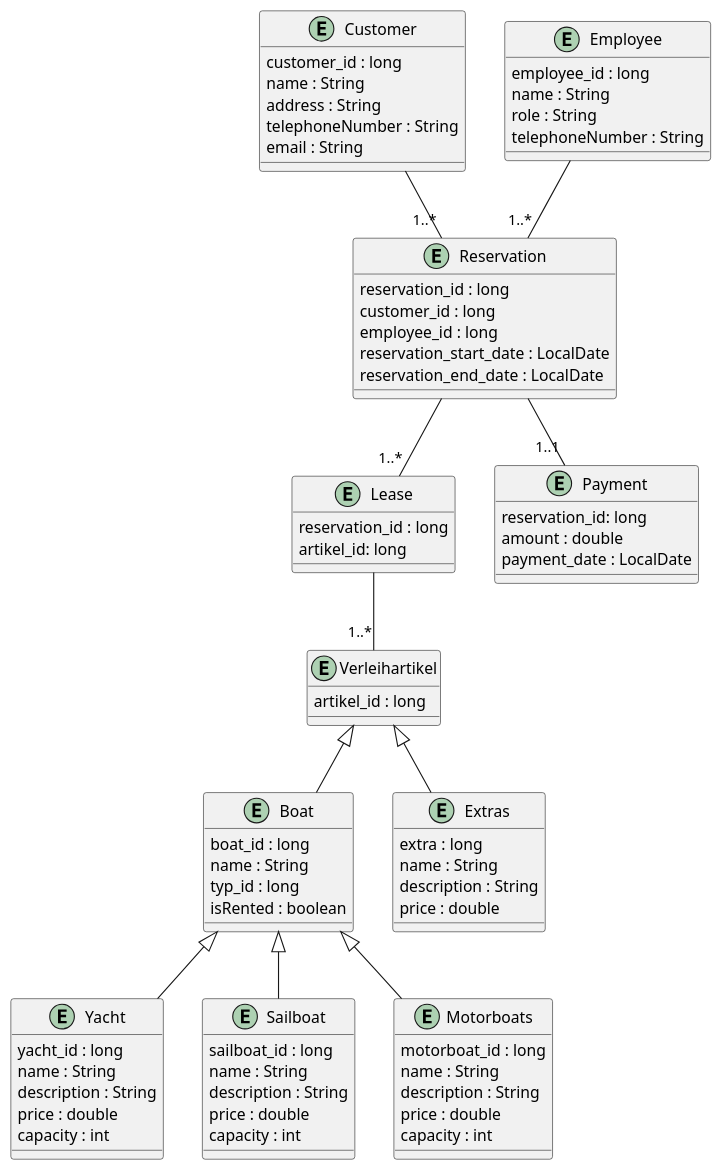
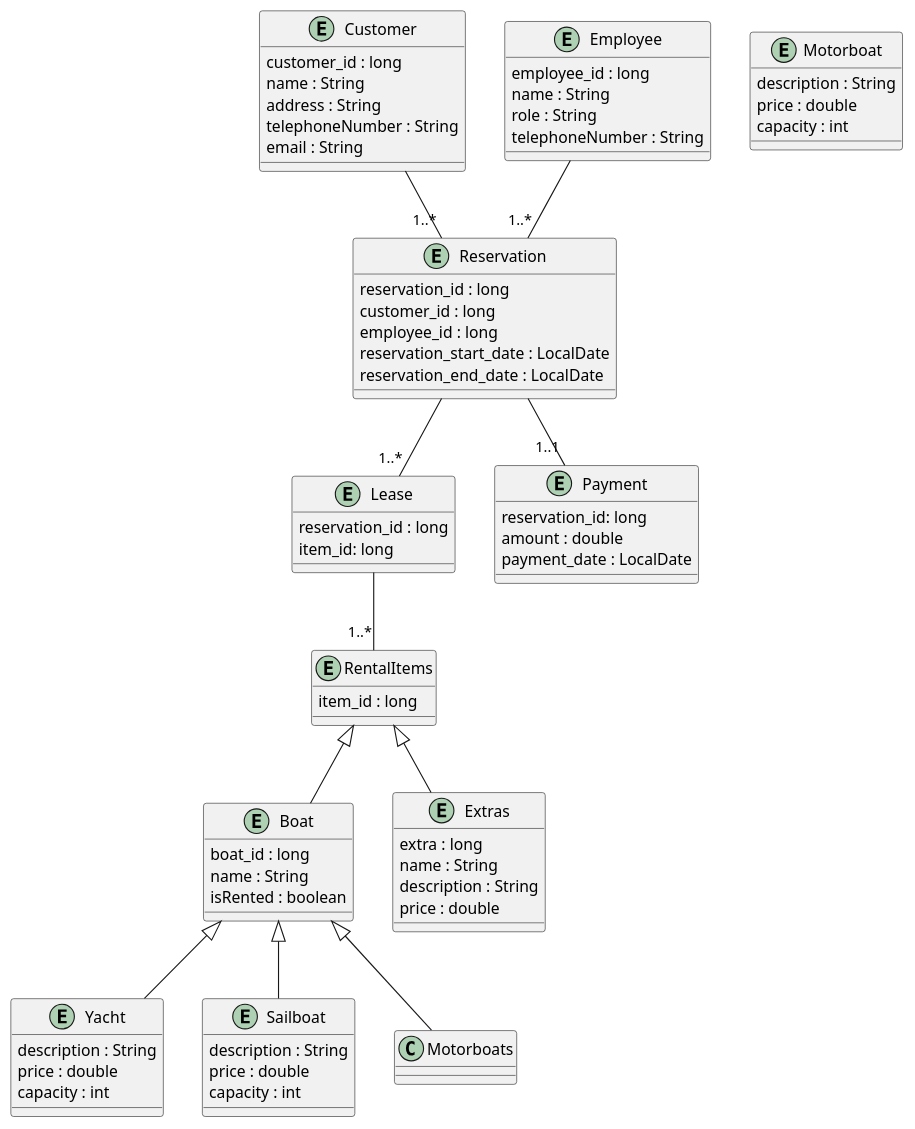
Before and after one commit to 2425-4bhitm-insy/jpa-project-v2-boat-rental: the diagram in boat-rental/puml/boat-rental.puml, drawn with PlantUML. The commit also changed 1 other file, not shown here.

Commit message:
fix: fix erd entitys

```diff
--- a/boat-rental/puml/boat-rental.puml
+++ b/boat-rental/puml/boat-rental.puml
@@ -1,98 +1,91 @@
 @startuml
 entity Boat {
     boat_id : long
     name : String
-    typ_id : long
     isRented : boolean
 }
 
 entity Customer {
     customer_id : long
     name : String
     address : String
     telephoneNumber : String
     email : String
 }
 
-entity Verleihartikel {
-  artikel_id : long
+entity RentalItems {
+  item_id : long
 }
 
 entity Lease {
     reservation_id : long
-    artikel_id: long
+    item_id: long
 }
 
 entity Payment {
     reservation_id: long
     amount : double
     payment_date : LocalDate
 }
 
 entity Employee {
     employee_id : long
     name : String
     role : String
     telephoneNumber : String
 }
 
 entity Reservation {
     reservation_id : long
     customer_id : long
     employee_id : long
     reservation_start_date : LocalDate
     reservation_end_date : LocalDate
 }
 
 entity Extras {
     extra : long
     name : String
     description : String
     price : double
 }
 
 entity Yacht {
-    yacht_id : long
-    name : String
     description : String
     price : double
     capacity : int
 }
 
 entity Sailboat {
-    sailboat_id : long
-    name : String
     description : String
     price : double
     capacity : int
 }
 
-entity Motorboats {
-    motorboat_id : long
-    name : String
+entity Motorboat {
     description : String
     price : double
     capacity : int
 }
 
 
 ' Beziehungen
 
 Customer -- "1..*" Reservation
 Employee -- "1..*" Reservation
 
 Reservation -- "1..*" Lease
 Reservation -- "1..1" Payment
 
-Lease -- "1..*" Verleihartikel
+Lease -- "1..*" RentalItems
 
-Verleihartikel <|-- Boat
-Verleihartikel <|-- Extras
+RentalItems <|-- Boat
+RentalItems <|-- Extras
 
 
 Boat <|-- Motorboats
 Boat <|-- Sailboat
 Boat <|-- Yacht
 
 
 @enduml
```
